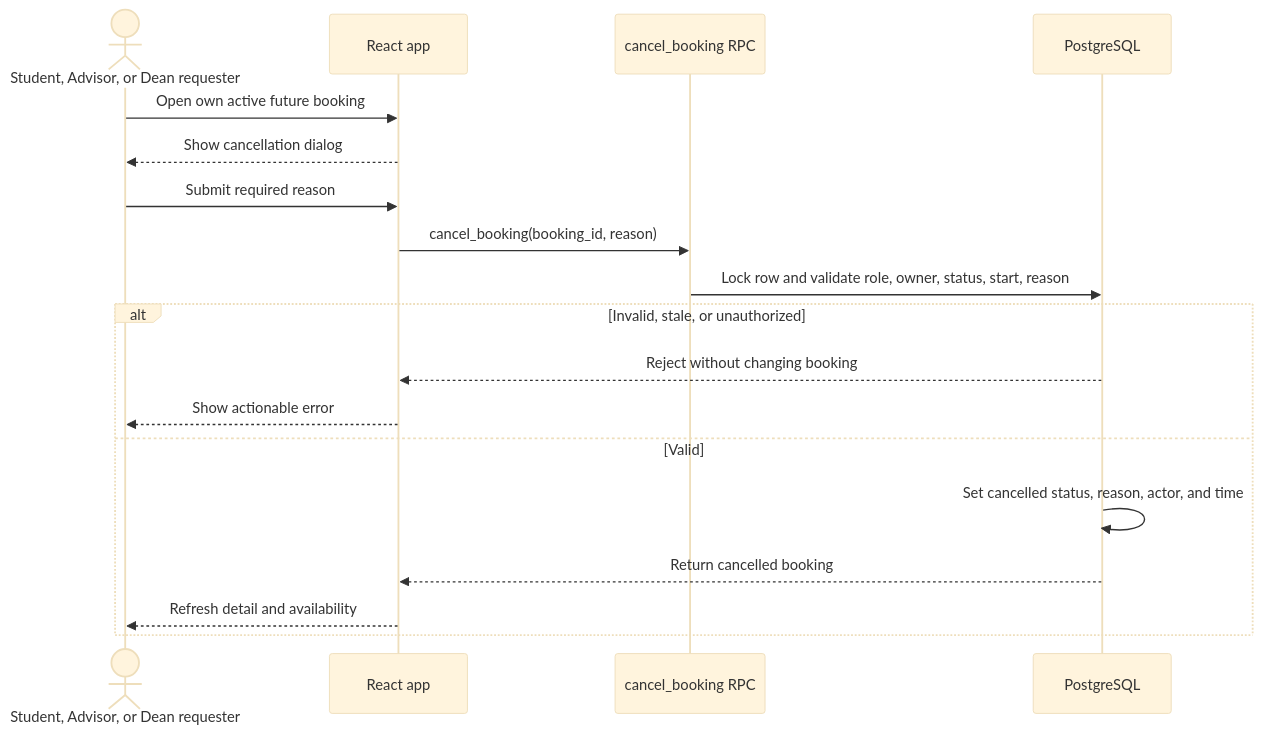
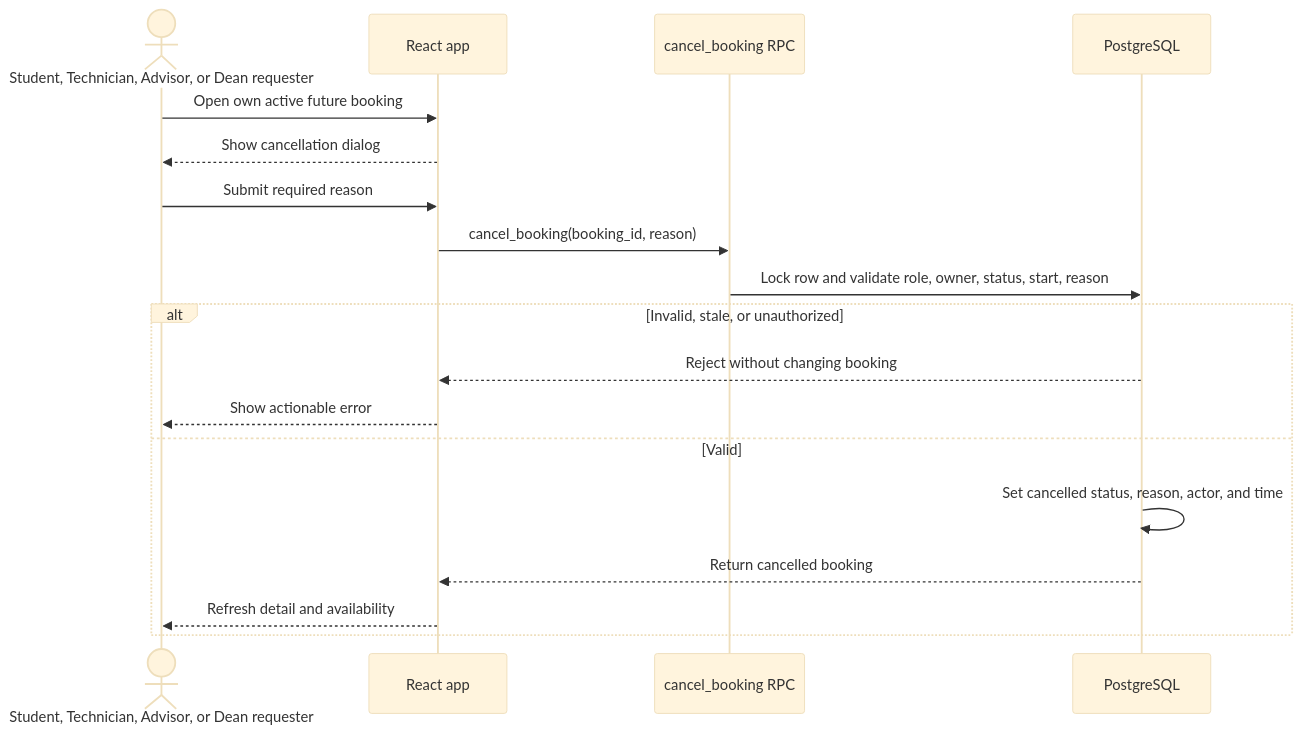
The second of 3 diagrams in .docs/02-design/diagrams/04-sequence-diagram-booking.md (Leng201202/SE-Lab-Booking-System), drawn with Mermaid (base theme) before and after one commit. The commit also changed other lines of this file and 35 other files, not shown here.

```diff
--- a/.docs/02-design/diagrams/04-sequence-diagram-booking.md
+++ b/.docs/02-design/diagrams/04-sequence-diagram-booking.md
@@ -50,21 +58,21 @@
 ~~~mermaid
 sequenceDiagram
-    actor U as Student, Advisor, or Dean requester
+    actor U as Student, Technician, Advisor, or Dean requester
     participant W as React app
     participant C as cancel_booking RPC
     participant P as PostgreSQL
 
     U->>W: Open own active future booking
     W-->>U: Show cancellation dialog
     U->>W: Submit required reason
     W->>C: cancel_booking(booking_id, reason)
     C->>P: Lock row and validate role, owner, status, start, reason
     alt Invalid, stale, or unauthorized
         P-->>W: Reject without changing booking
         W-->>U: Show actionable error
     else Valid
         P->>P: Set cancelled status, reason, actor, and time
         P-->>W: Return cancelled booking
         W-->>U: Refresh detail and availability
     end
 ~~~
```
